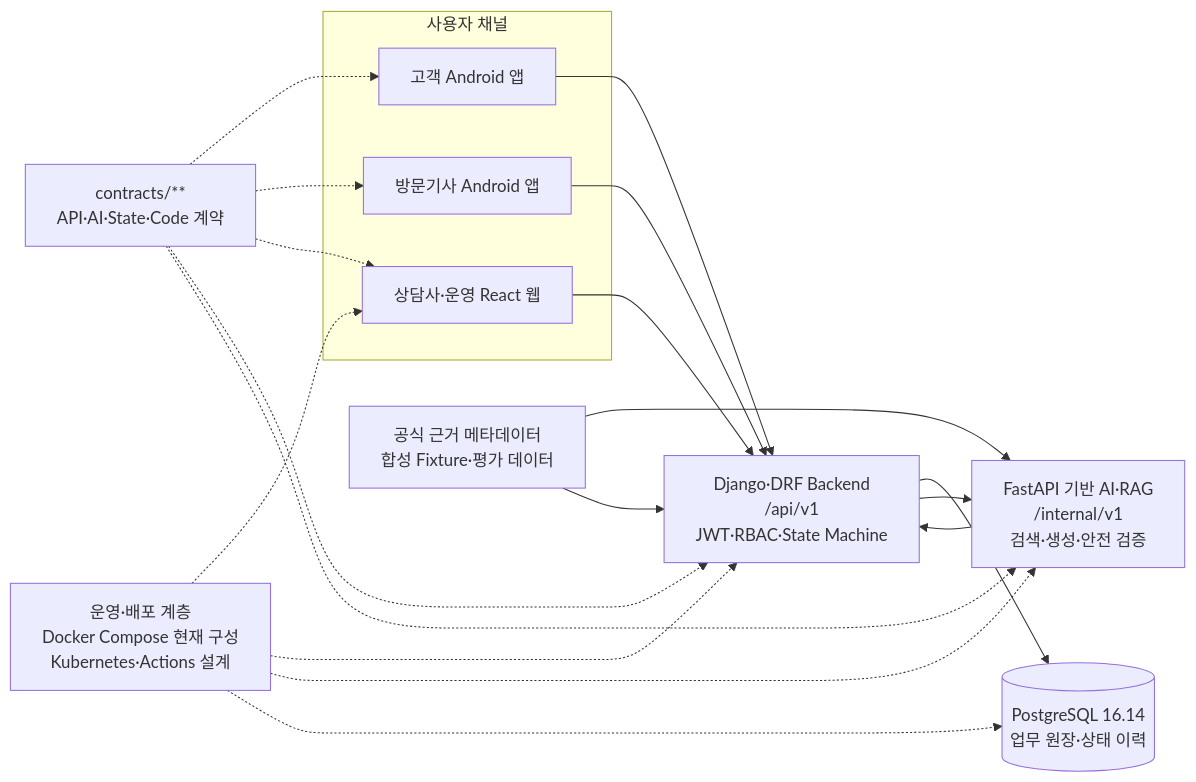
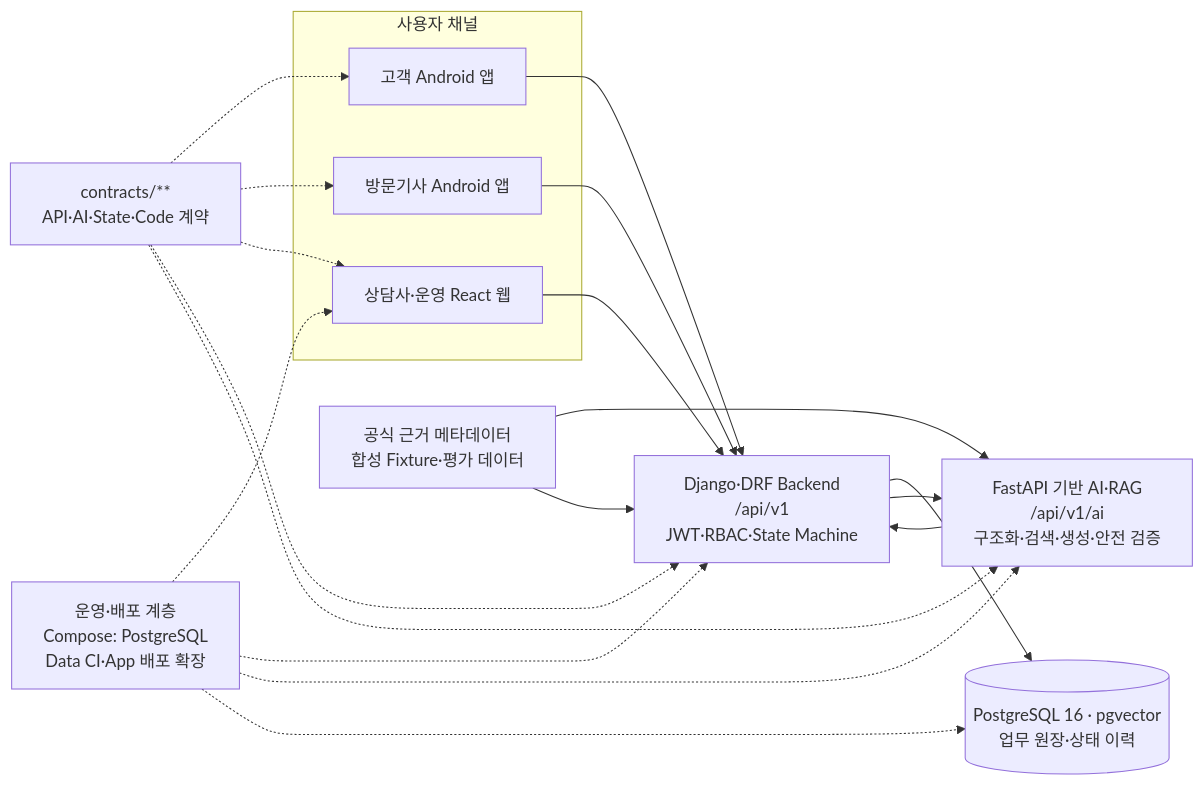
Before and after one commit to SKNETWORKS-FAMILY-AICAMP/SKN29-FINAL-4TEAM: the second of 2 diagrams in README.md, drawn with Mermaid. The commit also changed other lines of this file, not shown here.

````diff
--- a/README.md
+++ b/README.md
@@ -186,34 +92,34 @@
 ```mermaid
 flowchart LR
     subgraph CHANNELS["사용자 채널"]
         CUSTOMER_APP["고객 Android 앱"]
         TECH_APP["방문기사 Android 앱"]
         WEB_APP["상담사·운영 React 웹"]
     end
 
     BACKEND["Django·DRF Backend<br/>/api/v1<br/>JWT·RBAC·State Machine"]
-    AI["FastAPI 기반 AI·RAG<br/>/internal/v1<br/>검색·생성·안전 검증"]
-    DB[("PostgreSQL 16.14<br/>업무 원장·상태 이력")]
+    AI["FastAPI 기반 AI·RAG<br/>/api/v1/ai<br/>구조화·검색·생성·안전 검증"]
+    DB[("PostgreSQL 16 · pgvector<br/>업무 원장·상태 이력")]
     DATA["공식 근거 메타데이터<br/>합성 Fixture·평가 데이터"]
     CONTRACTS["contracts/**<br/>API·AI·State·Code 계약"]
-    OPS["운영·배포 계층<br/>Docker Compose 현재 구성<br/>Kubernetes·Actions 설계"]
+    OPS["운영·배포 계층<br/>Compose: PostgreSQL<br/>Data CI·App 배포 확장"]
 
     CUSTOMER_APP --> BACKEND
     TECH_APP --> BACKEND
     WEB_APP --> BACKEND
     BACKEND --> DB
     BACKEND --> AI
     AI --> BACKEND
     DATA --> AI
     DATA --> BACKEND
 
     CONTRACTS -.-> CUSTOMER_APP
     CONTRACTS -.-> TECH_APP
     CONTRACTS -.-> WEB_APP
     CONTRACTS -.-> BACKEND
     CONTRACTS -.-> AI
     OPS -.-> WEB_APP
     OPS -.-> BACKEND
     OPS -.-> AI
     OPS -.-> DB
 ```
````
